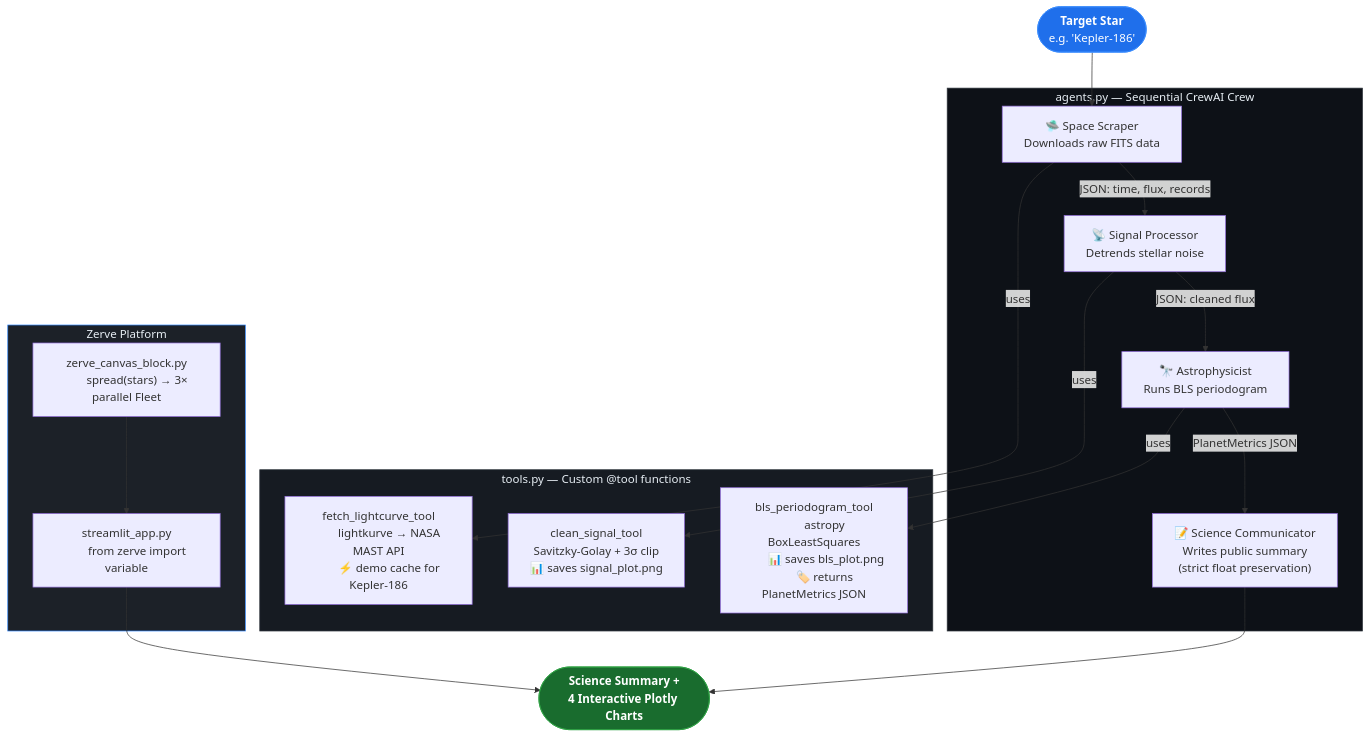
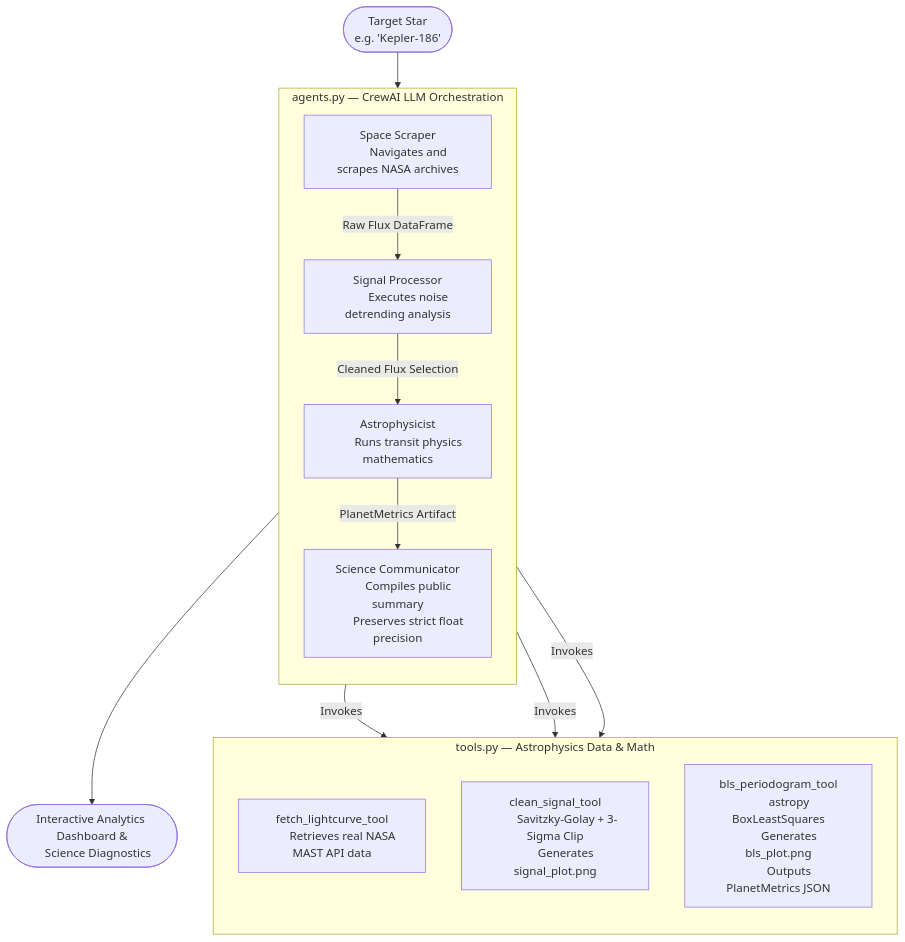
One commit to vjb/exoplanet-swarm changed the diagram in README.md. Above: the diagram before and after it, drawn with Mermaid. The commit also changed other lines of this file and 3 other files, not shown here.

````diff
--- a/README.md
+++ b/README.md
@@ -40,56 +35,43 @@
 ```mermaid
 flowchart TD
-    INPUT(["`**Target Star**
-    e.g. 'Kepler-186'`"])
+    INPUT(["Target Star
+    e.g. 'Kepler-186'"])
 
-    subgraph tools ["tools.py — Custom @tool functions"]
+    subgraph physics ["tools.py — Astrophysics Data & Math"]
+        direction TB
         T1["fetch_lightcurve_tool
-        lightkurve → NASA MAST API
-        ⚡ demo cache for Kepler-186"]
+        Retrieves real NASA MAST API data"]
         T2["clean_signal_tool
-        Savitzky-Golay + 3σ clip
-        📊 saves signal_plot.png"]
+        Savitzky-Golay + 3-Sigma Clip
+        Generates signal_plot.png"]
         T3["bls_periodogram_tool
         astropy BoxLeastSquares
-        📊 saves bls_plot.png
-        🏷️ returns PlanetMetrics JSON"]
+        Generates bls_plot.png
+        Outputs PlanetMetrics JSON"]
     end
 
-    subgraph crew ["agents.py — Sequential CrewAI Crew"]
-        A1["🛸 Space Scraper
-        Downloads raw FITS data"]
-        A2["📡 Signal Processor
-        Detrends stellar noise"]
-        A3["🔭 Astrophysicist
-        Runs BLS periodogram"]
-        A4["📝 Science Communicator
-        Writes public summary
-        (strict float preservation)"]
+    subgraph agents ["agents.py — CrewAI LLM Orchestration"]
+        direction TB
+        A1["Space Scraper
+        Navigates and scrapes NASA archives"]
+        A2["Signal Processor
+        Executes noise detrending analysis"]
+        A3["Astrophysicist
+        Runs transit physics mathematics"]
+        A4["Science Communicator
+        Compiles public summary
+        Preserves strict float precision"]
     end
 
-    subgraph zerve ["Zerve Platform"]
-        ZC["zerve_canvas_block.py
-        spread(stars) → 3× parallel Fleet"]
-        ZS["streamlit_app.py
-        from zerve import variable"]
-    end
-
-    OUTPUT(["`**Science Summary +
-    4 Interactive Plotly Charts**`"])
+    OUTPUT(["Interactive Analytics Dashboard &
+    Science Diagnostics"])
 
     INPUT --> A1
-    A1 -- "uses" --> T1
-    A1 -- "JSON: time, flux, records" --> A2
-    A2 -- "uses" --> T2
-    A2 -- "JSON: cleaned flux" --> A3
-    A3 -- "uses" --> T3
-    A3 -- "PlanetMetrics JSON" --> A4
+    A1 -- "Invokes" --> T1
+    A1 -- "Raw Flux DataFrame" --> A2
+    A2 -- "Invokes" --> T2
+    A2 -- "Cleaned Flux Selection" --> A3
+    A3 -- "Invokes" --> T3
+    A3 -- "PlanetMetrics Artifact" --> A4
     A4 --> OUTPUT
-    ZC --> ZS --> OUTPUT
-
-    style tools fill:#161b22,stroke:#30363d,color:#e6edf3
-    style crew  fill:#0d1117,stroke:#30363d,color:#e6edf3
-    style zerve fill:#1c2128,stroke:#388bfd,color:#e6edf3
-    style INPUT  fill:#1f6feb,stroke:#388bfd,color:#fff
-    style OUTPUT fill:#196c2e,stroke:#2ea043,color:#fff
 ```
````
